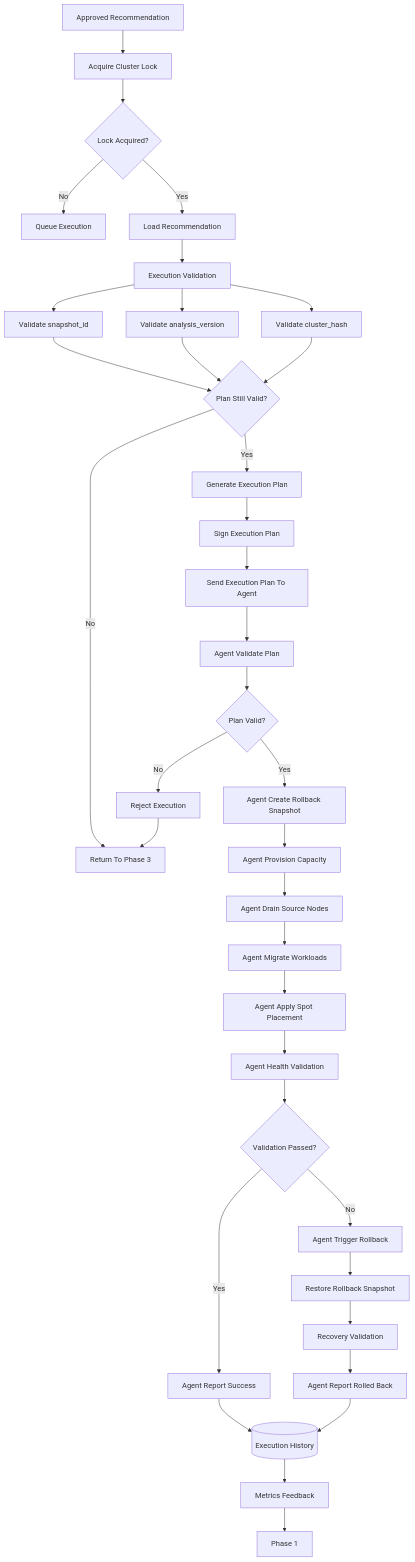
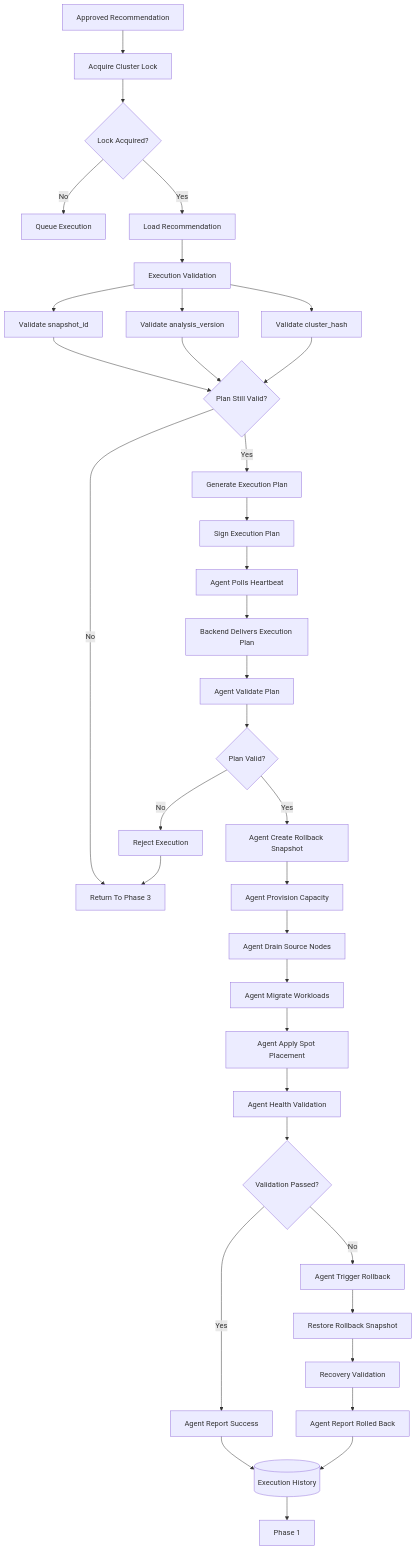
Before and after one commit to atharva0608/kube-final: the fifth of 6 diagrams in flow.md, drawn with Mermaid. The commit also changed 2 other files, not shown here.

Commit message:
updated plan

````diff
--- a/flow.md
+++ b/flow.md
@@ -375,73 +375,73 @@
 ```mermaid
 flowchart TD
 
 A[Approved Recommendation]
 
 A --> B[Acquire Cluster Lock]
 
 B --> C{Lock Acquired?}
 
 C -->|No| D[Queue Execution]
 
 C -->|Yes| E[Load Recommendation]
 
 E --> F[Execution Validation]
 
 F --> G[Validate snapshot_id]
 F --> H[Validate analysis_version]
 F --> I[Validate cluster_hash]
 
 G --> J
 H --> J
 I --> J
 
 J{Plan Still Valid?}
 
 J -->|No| K[Return To Phase 3]
 
 J -->|Yes| L[Generate Execution Plan]
 
 L --> M[Sign Execution Plan]
 
-M --> N[Send Execution Plan To Agent]
+M --> N[Agent Polls Heartbeat]
 
-N --> O[Agent Validate Plan]
+N --> O[Backend Delivers Execution Plan]
 
-O --> P{Plan Valid?}
+O --> P[Agent Validate Plan]
 
-P -->|No| Q[Reject Execution]
+P --> Q{Plan Valid?}
 
-Q --> K
+Q -->|No| R[Reject Execution]
 
-P -->|Yes| R[Agent Create Rollback Snapshot]
+R --> K
 
-R --> S[Agent Provision Capacity]
+Q -->|Yes| S[Agent Create Rollback Snapshot]
 
-S --> T[Agent Drain Source Nodes]
+S --> T[Agent Provision Capacity]
 
-T --> U[Agent Migrate Workloads]
+T --> U[Agent Drain Source Nodes]
 
-U --> V[Agent Apply Spot Placement]
+U --> V[Agent Migrate Workloads]
 
-V --> W[Agent Health Validation]
+V --> W[Agent Apply Spot Placement]
 
-W --> X{Validation Passed?}
+W --> X[Agent Health Validation]
 
-X -->|Yes| Y[Agent Report Success]
+X --> Y{Validation Passed?}
 
-X -->|No| Z[Agent Trigger Rollback]
+Y -->|Yes| Z[Agent Report Success]
 
-Z --> AA[Restore Rollback Snapshot]
+Y -->|No| AA[Agent Trigger Rollback]
 
-AA --> AB[Recovery Validation]
+AA --> AB[Restore Rollback Snapshot]
 
-AB --> AC[Agent Report Rolled Back]
+AB --> AC[Recovery Validation]
 
-Y --> AD[(Execution History)]
+AC --> AD[Agent Report Rolled Back]
 
-AC --> AD
+Z --> AE[(Execution History)]
 
-AD --> AE[Metrics Feedback]
+AD --> AE
 
 AE --> AF[Phase 1]
 ```
````
